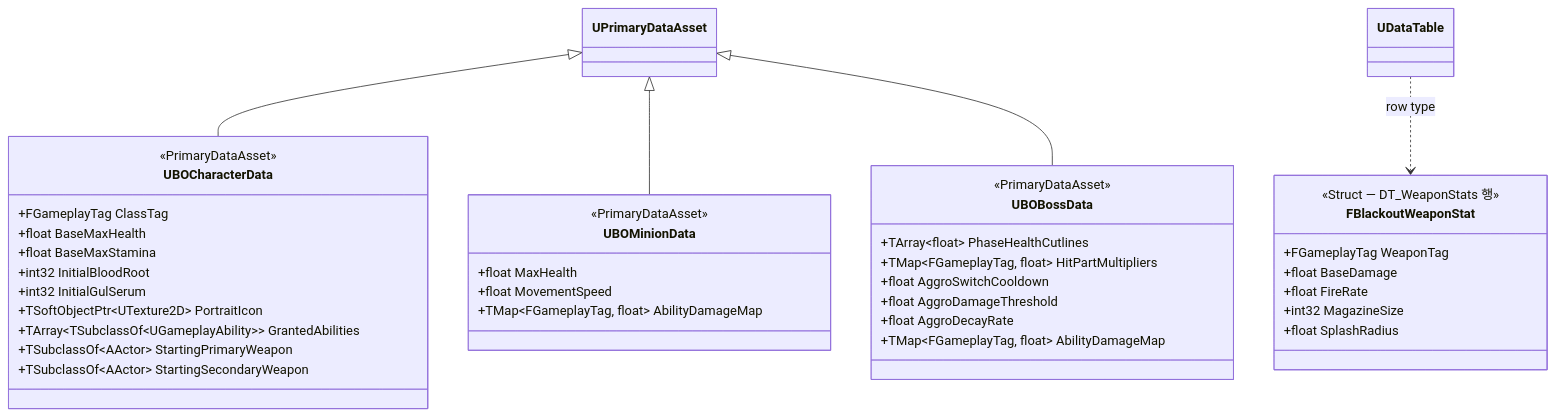
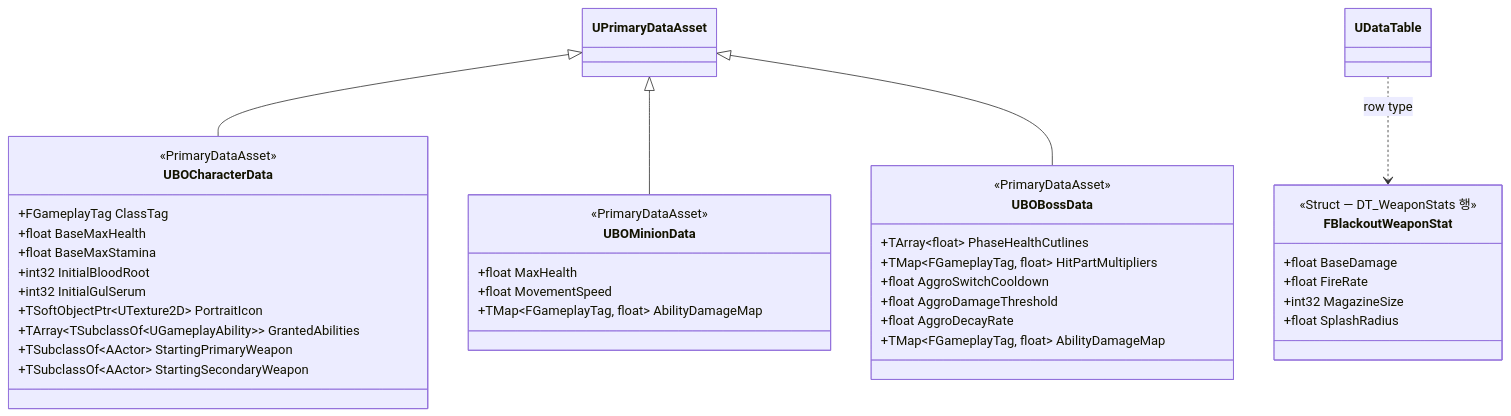
One commit to ThunderVolt45/ProjectBlackout changed the diagram in Docs/Foundation/06_Data_Assets.md. Above: the diagram before and after it, drawn with Mermaid. The commit also changed 4 other files, not shown here.

````diff
--- a/Docs/Foundation/06_Data_Assets.md
+++ b/Docs/Foundation/06_Data_Assets.md
@@ -6,48 +6,47 @@
 ```mermaid
 classDiagram
     direction TB
 
     UPrimaryDataAsset <|-- UBOCharacterData
     UPrimaryDataAsset <|-- UBOMinionData
     UPrimaryDataAsset <|-- UBOBossData
     UDataTable ..> FBlackoutWeaponStat : row type
 
     class UBOCharacterData {
         <<PrimaryDataAsset>>
         +FGameplayTag ClassTag
         +float BaseMaxHealth
         +float BaseMaxStamina
         +int32 InitialBloodRoot
         +int32 InitialGulSerum
         +TSoftObjectPtr~UTexture2D~ PortraitIcon
         +TArray~TSubclassOf~UGameplayAbility~~ GrantedAbilities
         +TSubclassOf~AActor~ StartingPrimaryWeapon
         +TSubclassOf~AActor~ StartingSecondaryWeapon
     }
 
     class UBOMinionData {
         <<PrimaryDataAsset>>
         +float MaxHealth
         +float MovementSpeed
         +TMap~FGameplayTag, float~ AbilityDamageMap
     }
 
     class UBOBossData {
         <<PrimaryDataAsset>>
         +TArray~float~ PhaseHealthCutlines
         +TMap~FGameplayTag, float~ HitPartMultipliers
         +float AggroSwitchCooldown
         +float AggroDamageThreshold
         +float AggroDecayRate
         +TMap~FGameplayTag, float~ AbilityDamageMap
     }
 
     class FBlackoutWeaponStat {
         <<Struct — DT_WeaponStats 행>>
-        +FGameplayTag WeaponTag
         +float BaseDamage
         +float FireRate
         +int32 MagazineSize
         +float SplashRadius
     }
 ```
````
